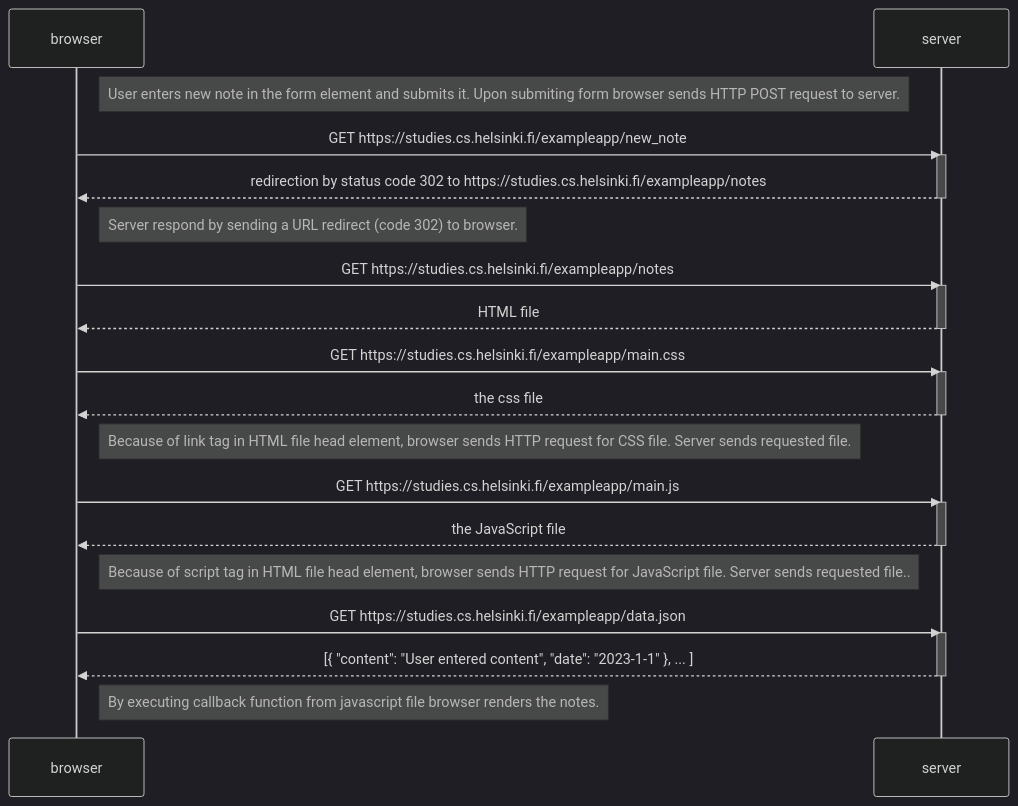
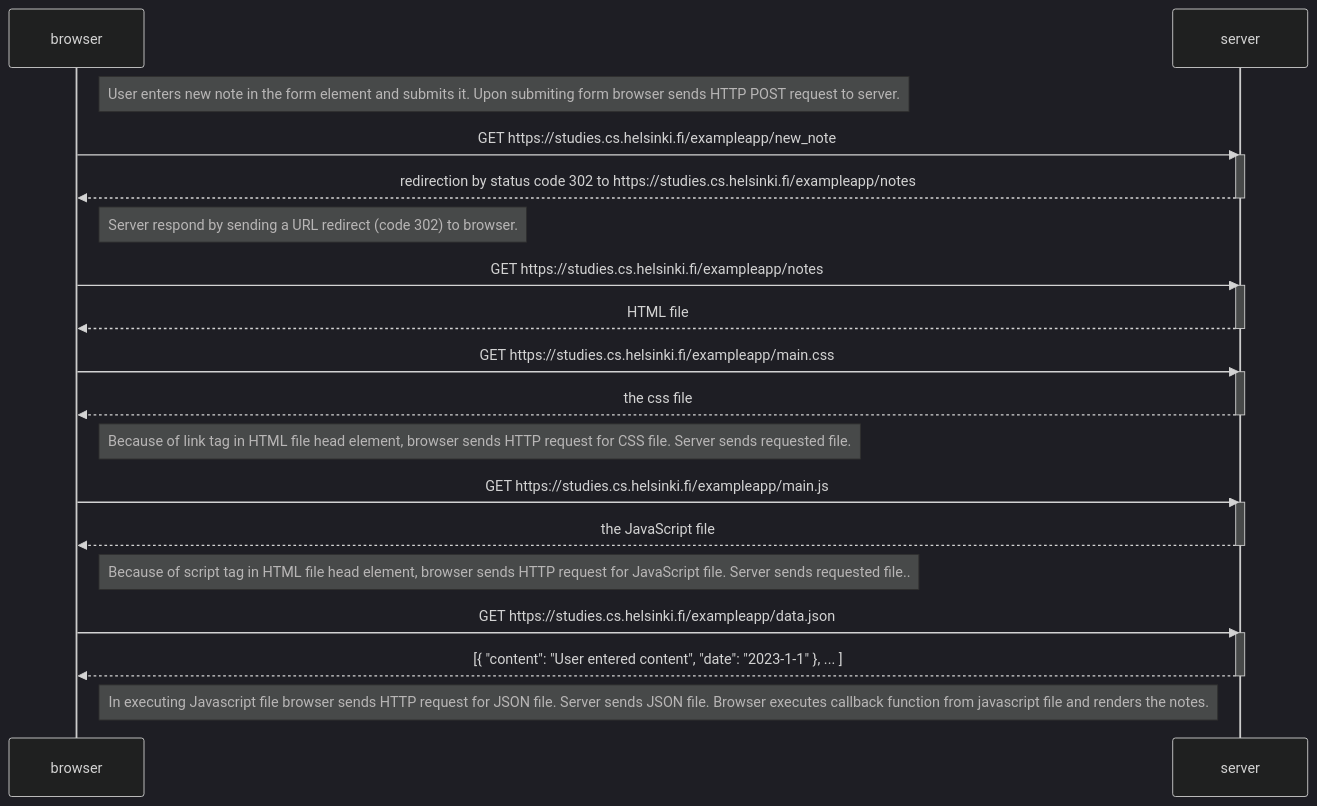
Before and after one commit to VladimirBrscic/fullStackOpenCourse: the diagram in Part0/Exercise 0.4/newNoteTradApp.md, drawn with Mermaid (dark theme).

````diff
--- a/Part0/Exercise 0.4/newNoteTradApp.md
+++ b/Part0/Exercise 0.4/newNoteTradApp.md
@@ -3,43 +3,43 @@
 ```mermaid
 sequenceDiagram
     participant browser
     participant server
     
     
     Note right of browser: User enters new note in the form element and submits it. Upon submiting form browser sends HTTP POST request to server.
     
     browser->>server: GET https://studies.cs.helsinki.fi/exampleapp/new_note
     activate server
     server-->>browser: redirection by status code 302 to https://studies.cs.helsinki.fi/exampleapp/notes
     deactivate server
     
     Note right of browser: Server respond by sending a URL redirect (code 302) to browser.
     
     browser->>server: GET https://studies.cs.helsinki.fi/exampleapp/notes
     activate server
     server-->>browser: HTML file
     deactivate server
     
     
     
     browser->>server: GET https://studies.cs.helsinki.fi/exampleapp/main.css
     activate server
     server-->>browser: the css file
     deactivate server
     
     Note right of browser: Because of link tag in HTML file head element, browser sends HTTP request for CSS file. Server sends requested file.
        
     browser->>server: GET https://studies.cs.helsinki.fi/exampleapp/main.js
     activate server
     server-->>browser: the JavaScript file
     deactivate server
     
     Note right of browser: Because of script tag in HTML file head element, browser sends HTTP request for JavaScript file. Server sends requested file..
     
     browser->>server: GET https://studies.cs.helsinki.fi/exampleapp/data.json
     activate server
     server-->>browser: [{ "content": "User entered content", "date": "2023-1-1" }, ... ]
     deactivate server    
 
-    Note right of browser: By executing callback function from javascript file browser renders the notes.
+    Note right of browser: In executing Javascript file browser sends HTTP request for JSON file. Server sends JSON file. Browser executes callback function from javascript file and renders the notes.
 ```
````
